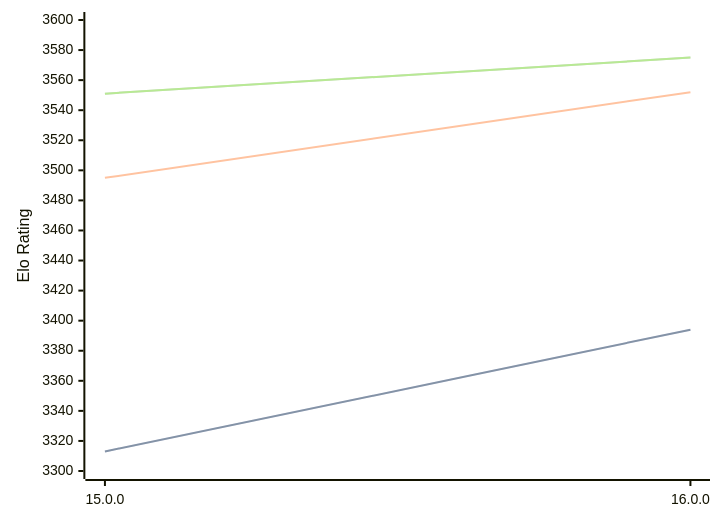
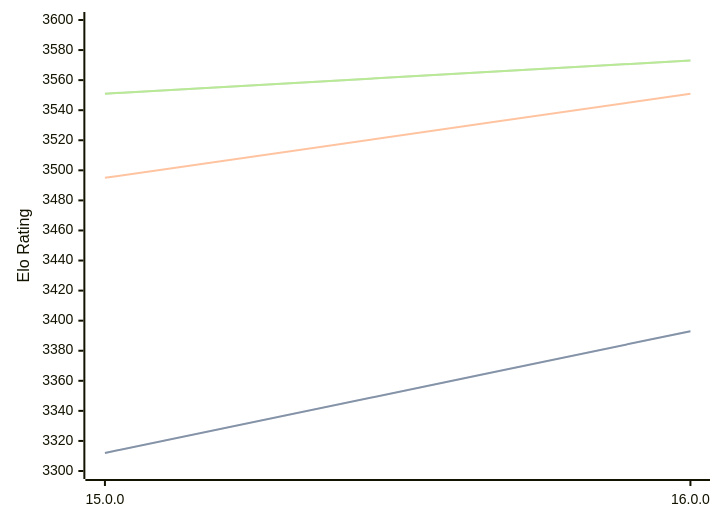
One commit to computer-chess-index/cci changed the diagram in engines/Halogen.md. Above: the diagram before and after it, drawn with Mermaid. The commit also changed other lines of this file, not shown here.

Commit message:
Update CCI Ratings (ELO VLTC) - 2026-03-19

````diff
--- a/engines/Halogen.md
+++ b/engines/Halogen.md
@@ -48,11 +50,11 @@
 ```mermaid
 %%{init: {"theme":"base","themeVariables":{"seriesColors:['#a3a3a3','#222221','#faa371']}}}%%
 xychart-beta
   x-axis ["15.0.0", "16.0.0"]
   y-axis "Elo Rating" 3300 --> 3600
-  line "STC (8.0+0.08s)" [3313, 3394]
-  line "STC (8.0+0.08s)" [3313, 3394]
-  line "LTC (60.0+0.60s)" [3495, 3552]
-  line "VLTC (2m24s+1.12s)" [3551, 3575]
-  line "VLTC (2m24s+1.12s)" [3551, 3575]
+  line "STC (8.0+0.08s)" [3312, 3393]
+  line "STC (8.0+0.08s)" [3312, 3393]
+  line "LTC (60.0+0.60s)" [3495, 3551]
+  line "VLTC (2m24s+1.12s)" [3551, 3573]
+  line "VLTC (2m24s+1.12s)" [3551, 3573]
 ```
````
